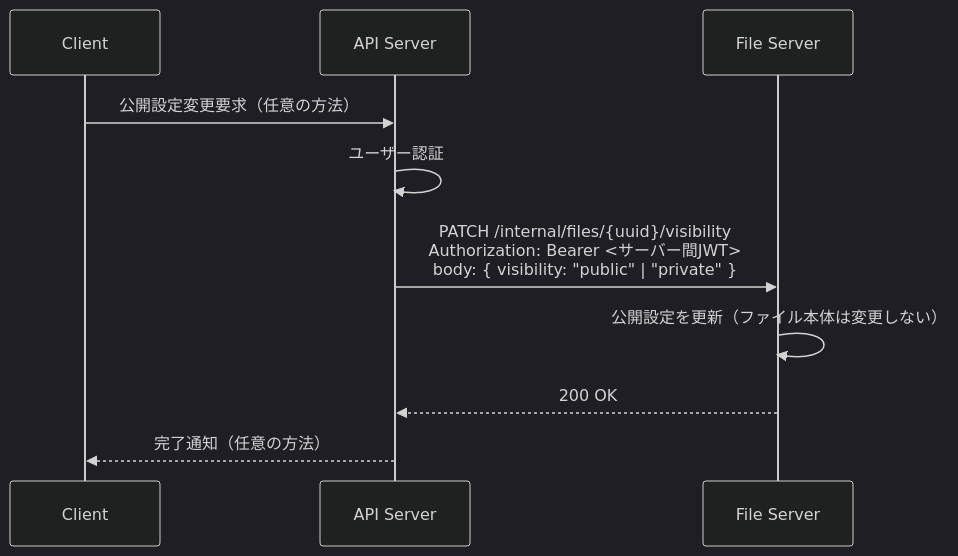
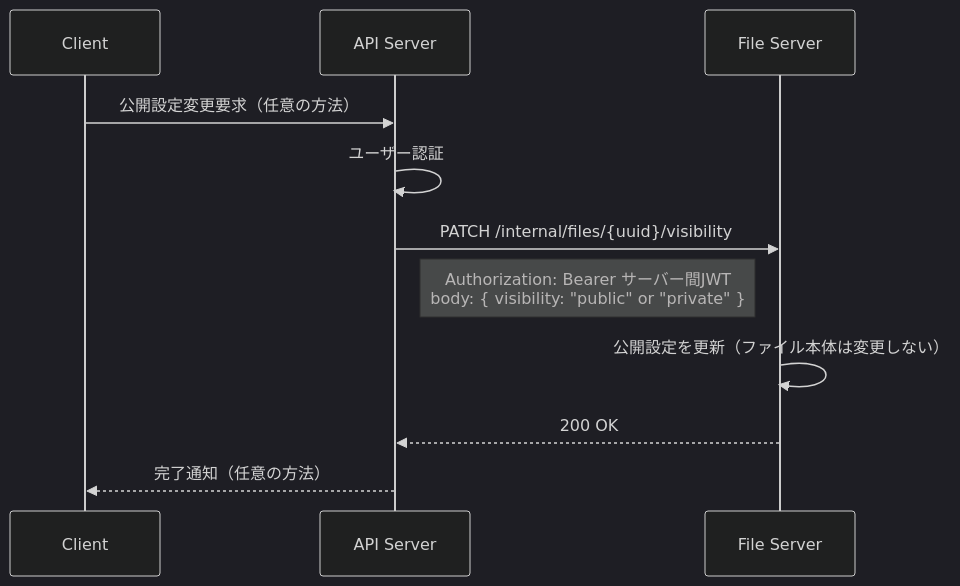
Before and after one commit to kigawa01/kaft: the fifth of 5 diagrams in docs/spec.md, drawn with Mermaid (dark theme). The commit also changed other lines of this file, not shown here.

Commit message:
plan: GETパスを/{uuid}/{filename}に変更・Mermaid構文エラーを修正 refs #2

````diff
--- a/docs/spec.md
+++ b/docs/spec.md
@@ -185,13 +192,14 @@
 ```mermaid
 sequenceDiagram
     participant C as Client
     participant A as API Server
     participant F as File Server
 
     C->>A: 公開設定変更要求（任意の方法）
     A->>A: ユーザー認証
-    A->>F: PATCH /internal/files/{uuid}/visibility<br/>Authorization: Bearer <サーバー間JWT><br/>body: { visibility: "public" | "private" }
+    A->>F: PATCH /internal/files/{uuid}/visibility
+    Note right of A: Authorization: Bearer サーバー間JWT<br/>body: { visibility: "public" or "private" }
     F->>F: 公開設定を更新（ファイル本体は変更しない）
     F-->>A: 200 OK
     A-->>C: 完了通知（任意の方法）
 ```
````
